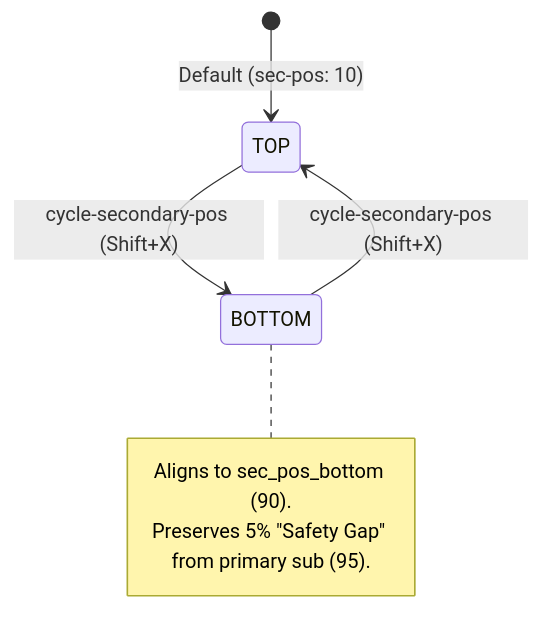
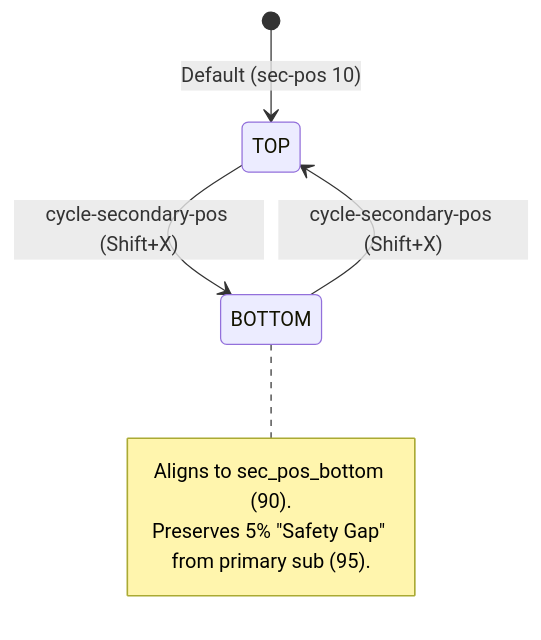
Before and after one commit to voothi/20260308110646-kardenwort-mpv: diagram 17 of 20 in openspec/specs/fsm-architecture/state-diagram.md, drawn with Mermaid. The commit also changed 1 other file, not shown here.

````diff
--- a/openspec/specs/fsm-architecture/state-diagram.md
+++ b/openspec/specs/fsm-architecture/state-diagram.md
@@ -452,13 +452,13 @@
 ```mermaid
 stateDiagram-v2
-    [*] --> TOP : Default (sec-pos: 10)
+    [*] --> TOP : Default (sec-pos 10)
     
     TOP --> BOTTOM : cycle-secondary-pos (Shift+X)
     BOTTOM --> TOP : cycle-secondary-pos (Shift+X)
     
     note right of BOTTOM
         Aligns to sec_pos_bottom (90).
         Preserves 5% "Safety Gap" 
         from primary sub (95).
     end note
 ```
````
